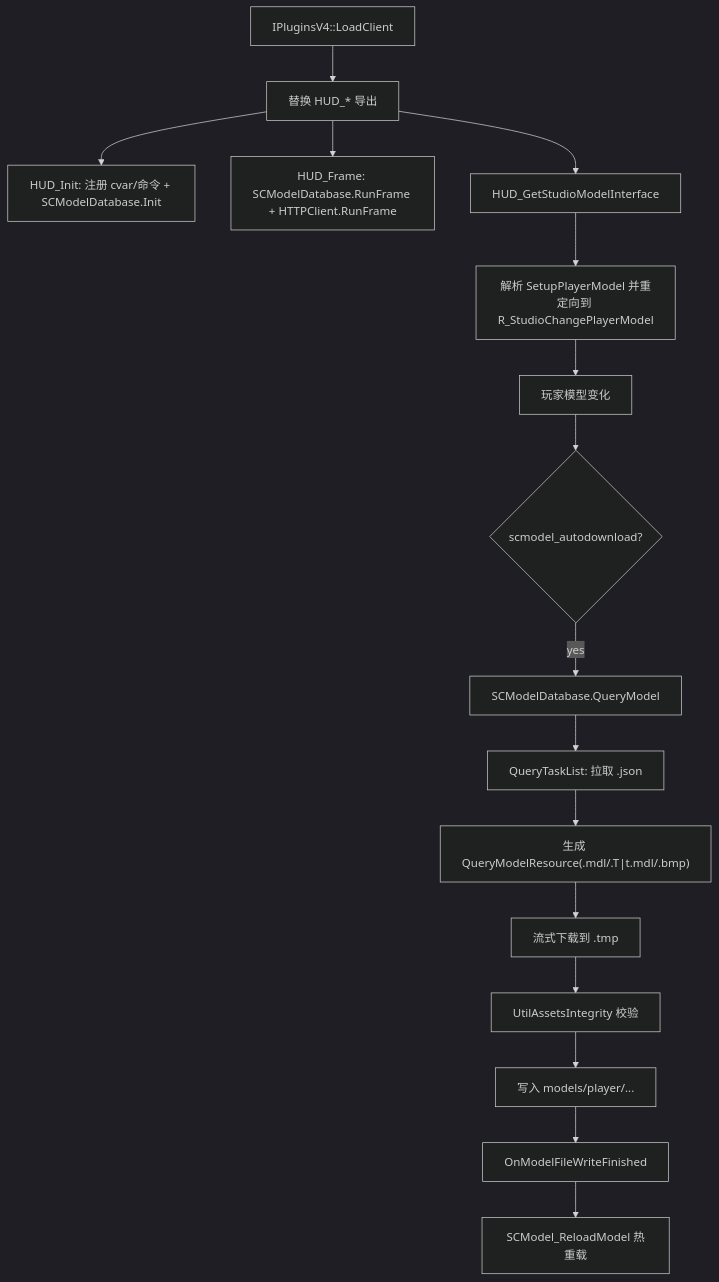
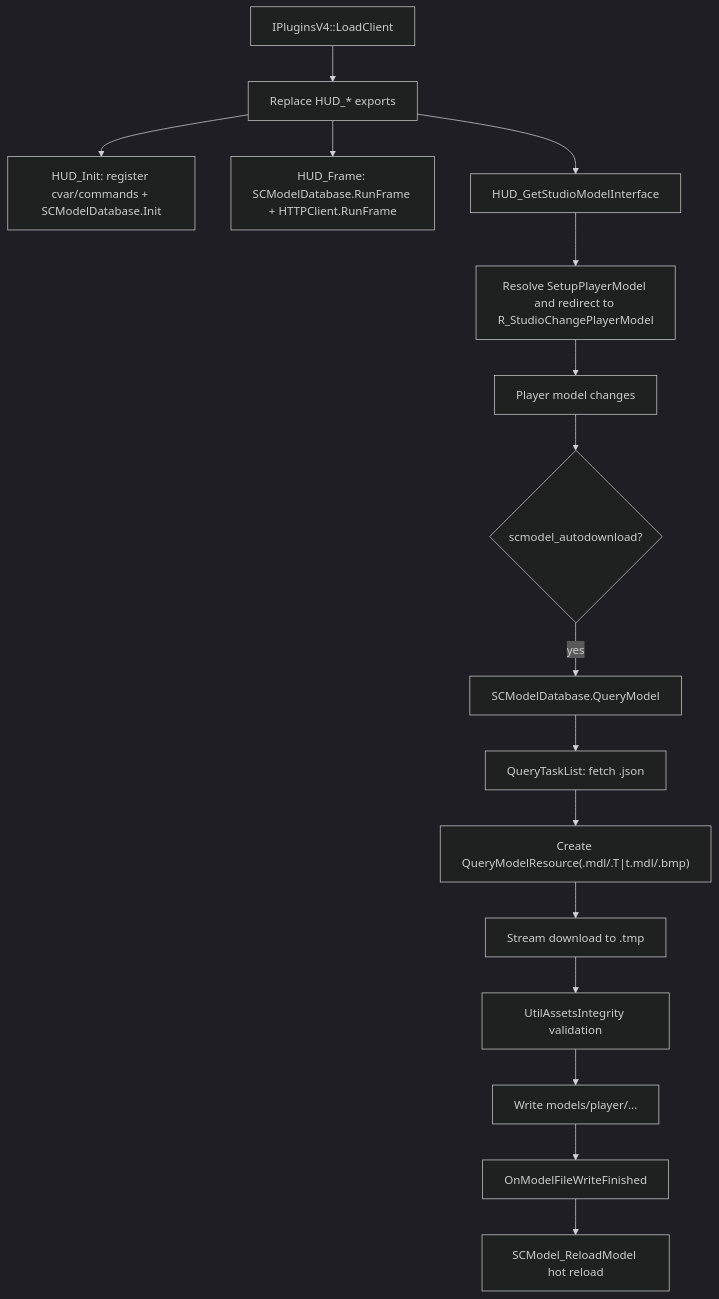
The diagram in memory/SCModelDownloader.md (hzqst/MetaHookSv), drawn with Mermaid (dark theme) before and after one commit. The commit also changed other lines of this file and 47 other files, not shown here.

````diff
--- a/memory/SCModelDownloader.md
+++ b/memory/SCModelDownloader.md
@@ -66,19 +66,19 @@
 ```mermaid
 flowchart TD
-  A[IPluginsV4::LoadClient] --> B[替换 HUD_* 导出]
-  B --> C[HUD_Init: 注册 cvar/命令 + SCModelDatabase.Init]
+  A[IPluginsV4::LoadClient] --> B[Replace HUD_* exports]
+  B --> C[HUD_Init: register cvar/commands + SCModelDatabase.Init]
   B --> D[HUD_Frame: SCModelDatabase.RunFrame + HTTPClient.RunFrame]
   B --> E[HUD_GetStudioModelInterface]
-  E --> F[解析 SetupPlayerModel 并重定向到 R_StudioChangePlayerModel]
+  E --> F[Resolve SetupPlayerModel and redirect to R_StudioChangePlayerModel]
 
-  F --> G[玩家模型变化]
+  F --> G[Player model changes]
   G --> H{scmodel_autodownload?}
   H -- yes --> I[SCModelDatabase.QueryModel]
-  I --> J[QueryTaskList: 拉取 <model>.json]
-  J --> K["生成 QueryModelResource(.mdl/.T|t.mdl/.bmp)"]
-  K --> L[流式下载到 .tmp]
-  L --> M[UtilAssetsIntegrity 校验]
-  M --> N[写入 models/player/...]
+  I --> J[QueryTaskList: fetch <model>.json]
+  J --> K["Create QueryModelResource(.mdl/.T|t.mdl/.bmp)"]
+  K --> L[Stream download to .tmp]
+  L --> M[UtilAssetsIntegrity validation]
+  M --> N[Write models/player/...]
   N --> O[OnModelFileWriteFinished]
-  O --> P[SCModel_ReloadModel 热重载]
+  O --> P[SCModel_ReloadModel hot reload]
 ```
````
